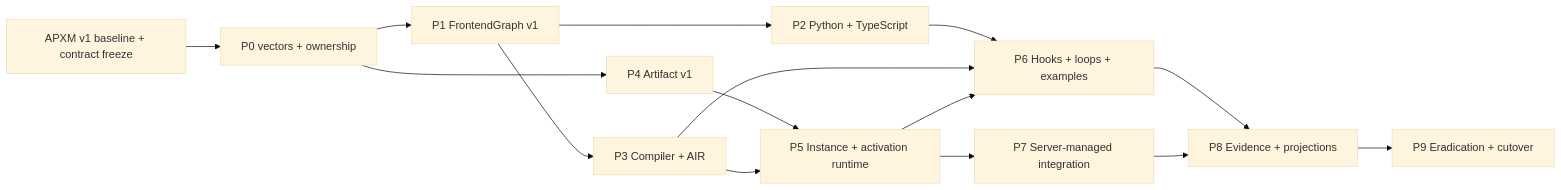
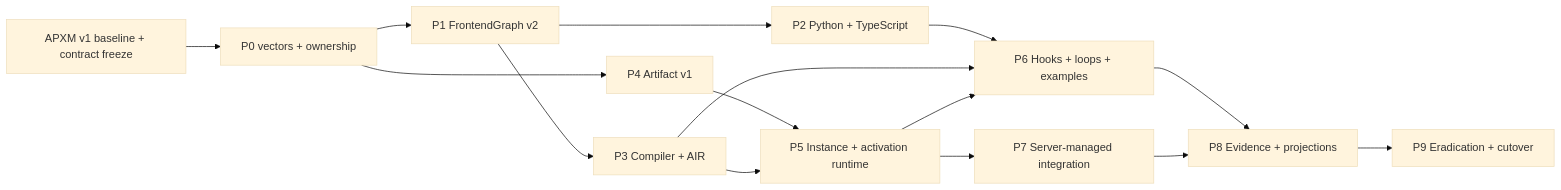
The diagram in docs/agents/agent-program-composition-and-air-full-replacement-plan.md (apxm-project/agents), drawn with Mermaid (base theme) before and after one commit. The commit also changed other lines of this file and 10 other files, not shown here.

````diff
--- a/docs/agents/agent-program-composition-and-air-full-replacement-plan.md
+++ b/docs/agents/agent-program-composition-and-air-full-replacement-plan.md
@@ -554,17 +554,17 @@
 ```mermaid
 flowchart LR
     C["APXM v1 baseline + contract freeze"] --> P0["P0 vectors + ownership"]
-    P0 --> P1["P1 FrontendGraph v1"]
+    P0 --> P1["P1 FrontendGraph v2"]
     P0 --> P4["P4 Artifact v1"]
     P1 --> P2["P2 Python + TypeScript"]
     P1 --> P3["P3 Compiler + AIR"]
     P4 --> P5["P5 Instance + activation runtime"]
     P3 --> P5
     P2 --> P6["P6 Hooks + loops + examples"]
     P3 --> P6
     P5 --> P6
     P5 --> P7["P7 Server-managed integration"]
     P6 --> P8["P8 Evidence + projections"]
     P7 --> P8
     P8 --> P9["P9 Eradication + cutover"]
 ```
````
